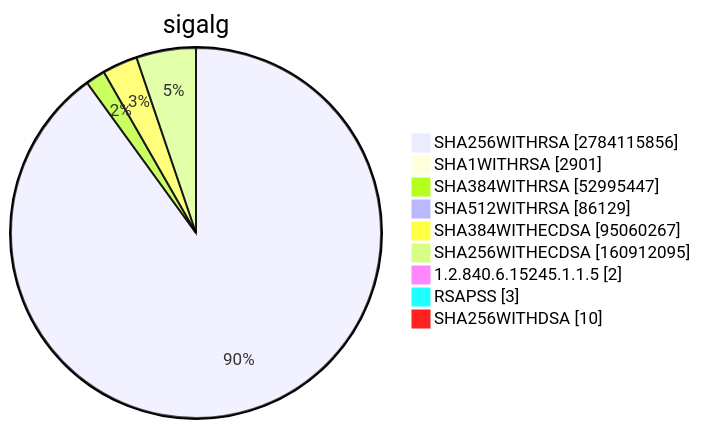
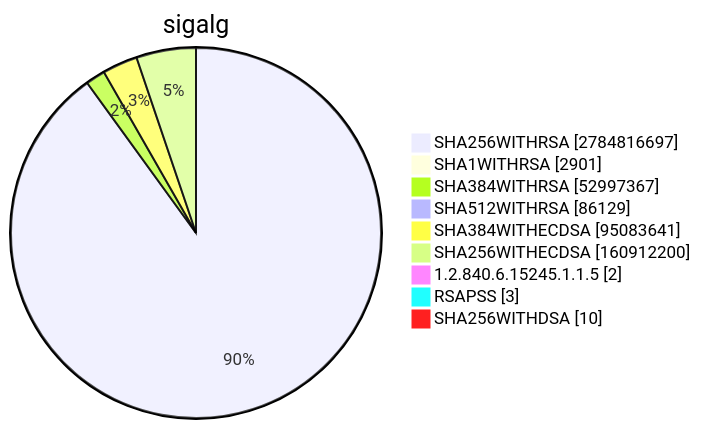
One commit to christiankrug/ctmonitor_visualization changed diagram 15 of 15 in TOTAL/README.md. Above: the diagram before and after it, drawn with Mermaid. The commit also changed other lines of this file, not shown here.

````diff
--- a/TOTAL/README.md
+++ b/TOTAL/README.md
@@ -6207,13 +6207,13 @@
 ```mermaid
 pie showData
 title sigalg
-"SHA256WITHRSA" :2784115856
+"SHA256WITHRSA" :2784816697
 "SHA1WITHRSA" :2901
-"SHA384WITHRSA" :52995447
+"SHA384WITHRSA" :52997367
 "SHA512WITHRSA" :86129
-"SHA384WITHECDSA" :95060267
-"SHA256WITHECDSA" :160912095
+"SHA384WITHECDSA" :95083641
+"SHA256WITHECDSA" :160912200
 "1.2.840.6.15245.1.1.5" :2
 "RSAPSS" :3
 "SHA256WITHDSA" :10
 ```
````
